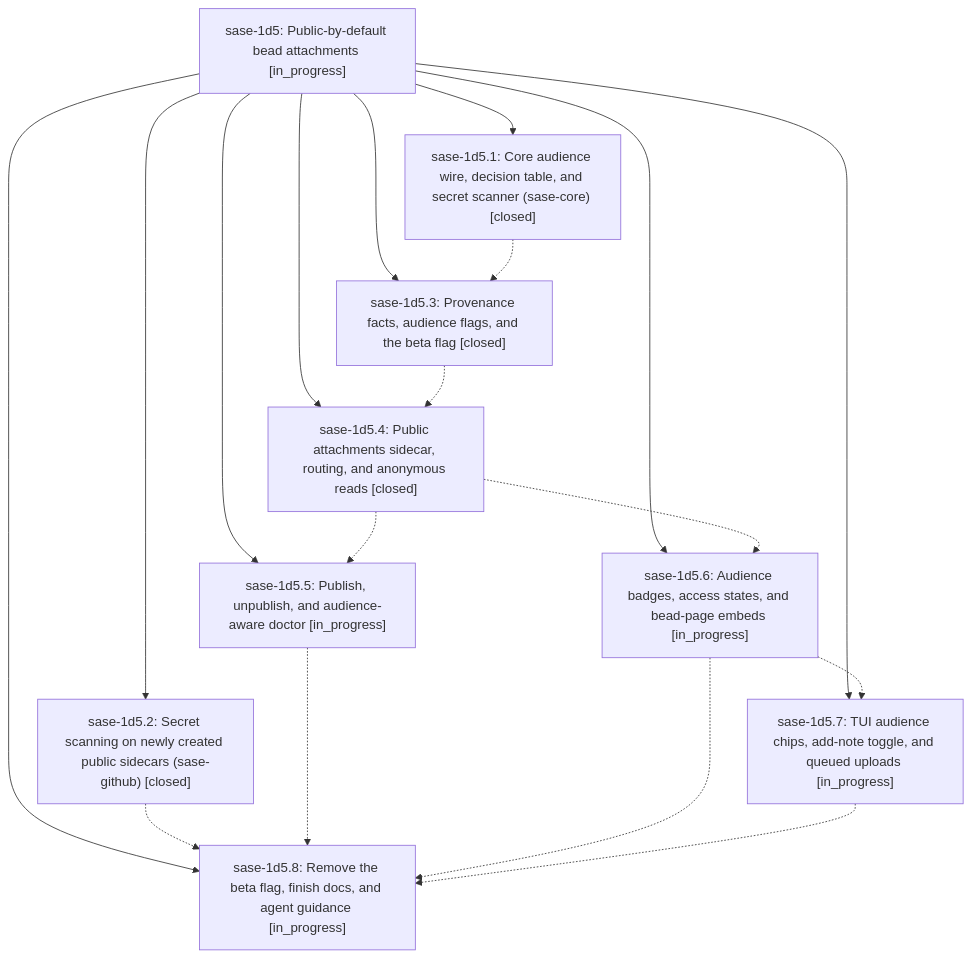
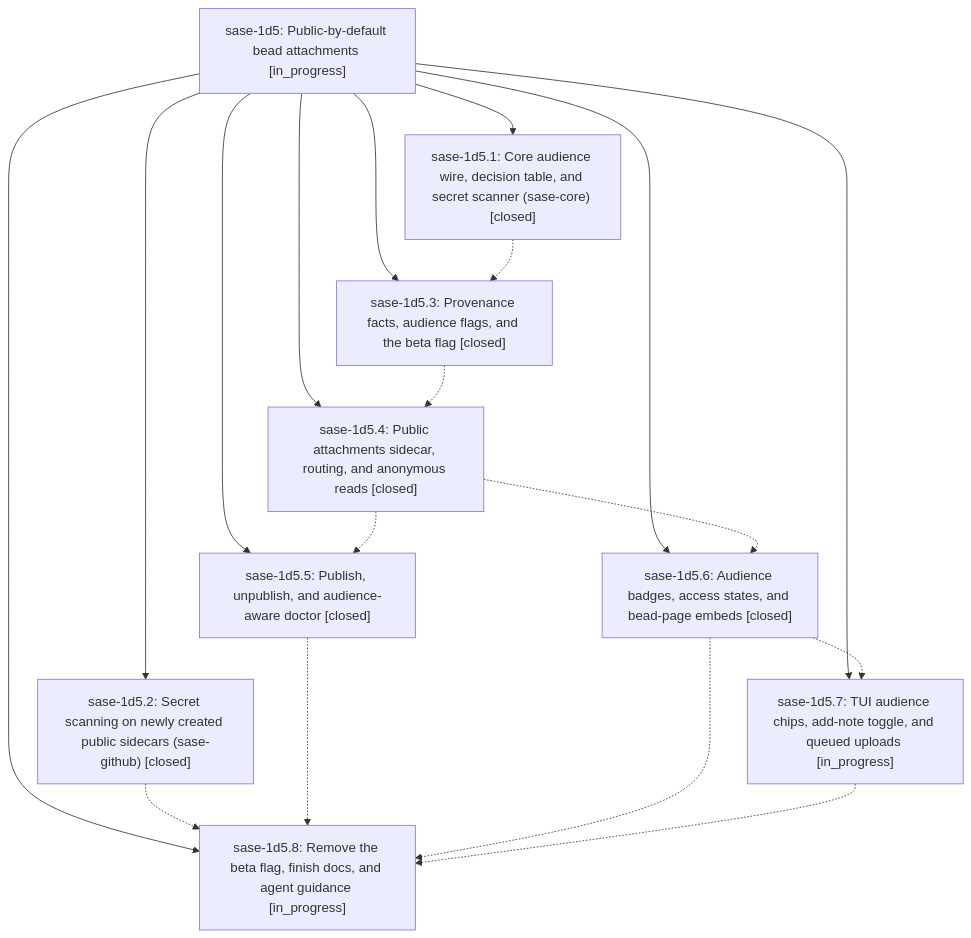
The diagram in pages/sase-1d5/README.md (sase-org/sase--beads), drawn with Mermaid before and after one commit. The commit also changed other lines of this file and 5 other files, not shown here.

First line of the commit message:
chore(beads): sync bead state and pages for sase-1d5

````diff
--- a/pages/sase-1d5/README.md
+++ b/pages/sase-1d5/README.md
@@ -45,29 +45,29 @@
 ```mermaid
 flowchart TD
     n0["sase-1d5: Public-by-default bead attachments [in_progress]"]
     n1["sase-1d5.1: Core audience wire, decision table, and secret scanner (sase-core) [closed]"]
     n2["sase-1d5.2: Secret scanning on newly created public sidecars (sase-github) [closed]"]
     n3["sase-1d5.3: Provenance facts, audience flags, and the beta flag [closed]"]
     n4["sase-1d5.4: Public attachments sidecar, routing, and anonymous reads [closed]"]
-    n5["sase-1d5.5: Publish, unpublish, and audience-aware doctor [in_progress]"]
-    n6["sase-1d5.6: Audience badges, access states, and bead-page embeds [in_progress]"]
+    n5["sase-1d5.5: Publish, unpublish, and audience-aware doctor [closed]"]
+    n6["sase-1d5.6: Audience badges, access states, and bead-page embeds [closed]"]
     n7["sase-1d5.7: TUI audience chips, add-note toggle, and queued uploads [in_progress]"]
     n8["sase-1d5.8: Remove the beta flag, finish docs, and agent guidance [in_progress]"]
     n0 --> n1
     n0 --> n2
     n0 --> n3
     n0 --> n4
     n0 --> n5
     n0 --> n6
     n0 --> n7
     n0 --> n8
     n1 -.-> n3
     n2 -.-> n8
     n3 -.-> n4
     n4 -.-> n5
     n4 -.-> n6
     n5 -.-> n8
     n6 -.-> n7
     n6 -.-> n8
     n7 -.-> n8
 ```
````
